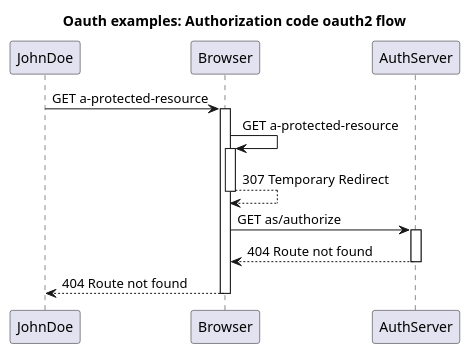
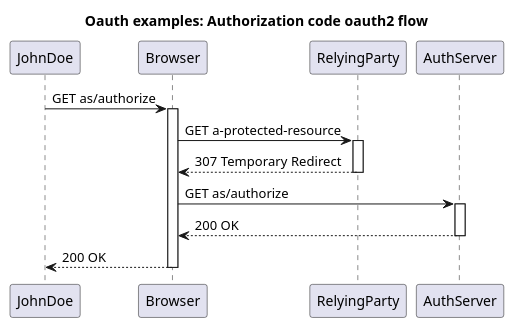
One commit to http4k/http4k-diagram-examples changed the diagram in sequence-diagrams/.generated/diagrams/Oauth examples: Authorization code oauth2 flow - Sequence.puml. Above: the diagram before and after it, drawn with PlantUML. The commit also changed 3 other files, not shown here.

```diff
--- a/sequence-diagrams/.generated/diagrams/Oauth examples: Authorization code oauth2 flow - Sequence.puml
+++ b/sequence-diagrams/.generated/diagrams/Oauth examples: Authorization code oauth2 flow - Sequence.puml
@@ -1,20 +1,21 @@
 @startuml
 title Oauth examples: Authorization code oauth2 flow
 participant JohnDoe
 participant Browser
+participant RelyingParty
 participant AuthServer
-JohnDoe -> Browser: GET a-protected-resource 
+JohnDoe -> Browser: GET as/authorize 
 activate Browser
-Browser -> Browser: GET a-protected-resource 
-activate Browser
+Browser -> RelyingParty: GET a-protected-resource 
+activate RelyingParty
 
-Browser --> Browser: 307 Temporary Redirect
-deactivate Browser
+RelyingParty --> Browser: 307 Temporary Redirect
+deactivate RelyingParty
 Browser -> AuthServer: GET as/authorize 
 activate AuthServer
 
-AuthServer --> Browser: 404 Route not found
+AuthServer --> Browser: 200 OK
 deactivate AuthServer
-Browser --> JohnDoe: 404 Route not found
+Browser --> JohnDoe: 200 OK
 deactivate Browser
     @enduml
```
